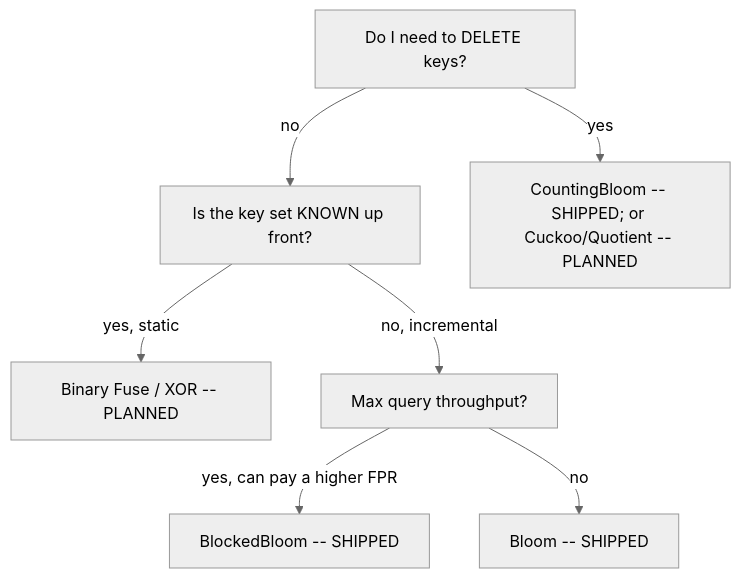
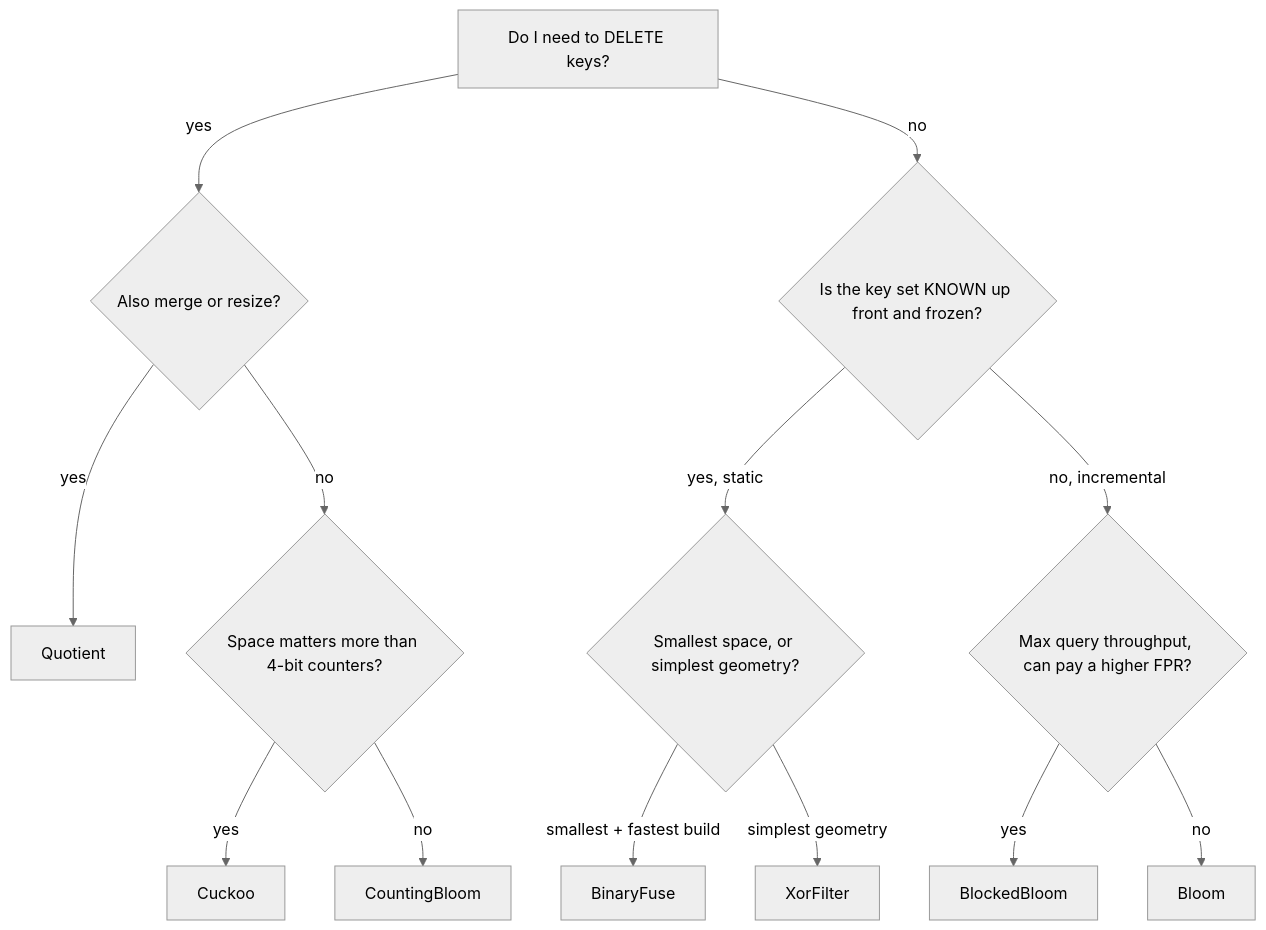
The diagram in GUIDE.md (PeshoVurtoleta/lite-filter), drawn with Mermaid (neutral theme) before and after one commit. The commit also changed other lines of this file and 17 other files, not shown here.

````diff
--- a/GUIDE.md
+++ b/GUIDE.md
@@ -38,9 +70,15 @@
 ```mermaid
 flowchart TD
-    A[Do I need to DELETE keys?] -->|no| B[Is the key set KNOWN up front?]
-    A -->|yes| C[CountingBloom -- SHIPPED; or Cuckoo/Quotient -- PLANNED]
-    B -->|yes, static| D[Binary Fuse / XOR -- PLANNED]
-    B -->|no, incremental| E[Max query throughput?]
-    E -->|yes, can pay a higher FPR| F[BlockedBloom -- SHIPPED]
-    E -->|no| G[Bloom -- SHIPPED]
+    A[Do I need to DELETE keys?] -->|yes| M{Also merge or resize?}
+    M -->|yes| Q[Quotient]
+    M -->|no| DL{Space matters more than 4-bit counters?}
+    DL -->|yes| CK[Cuckoo]
+    DL -->|no| CB[CountingBloom]
+    A -->|no| B{Is the key set KNOWN up front and frozen?}
+    B -->|yes, static| S{Smallest space, or simplest geometry?}
+    S -->|smallest + fastest build| BF[BinaryFuse]
+    S -->|simplest geometry| XF[XorFilter]
+    B -->|no, incremental| E{Max query throughput, can pay a higher FPR?}
+    E -->|yes| BB[BlockedBloom]
+    E -->|no| BL[Bloom]
 ```
````
